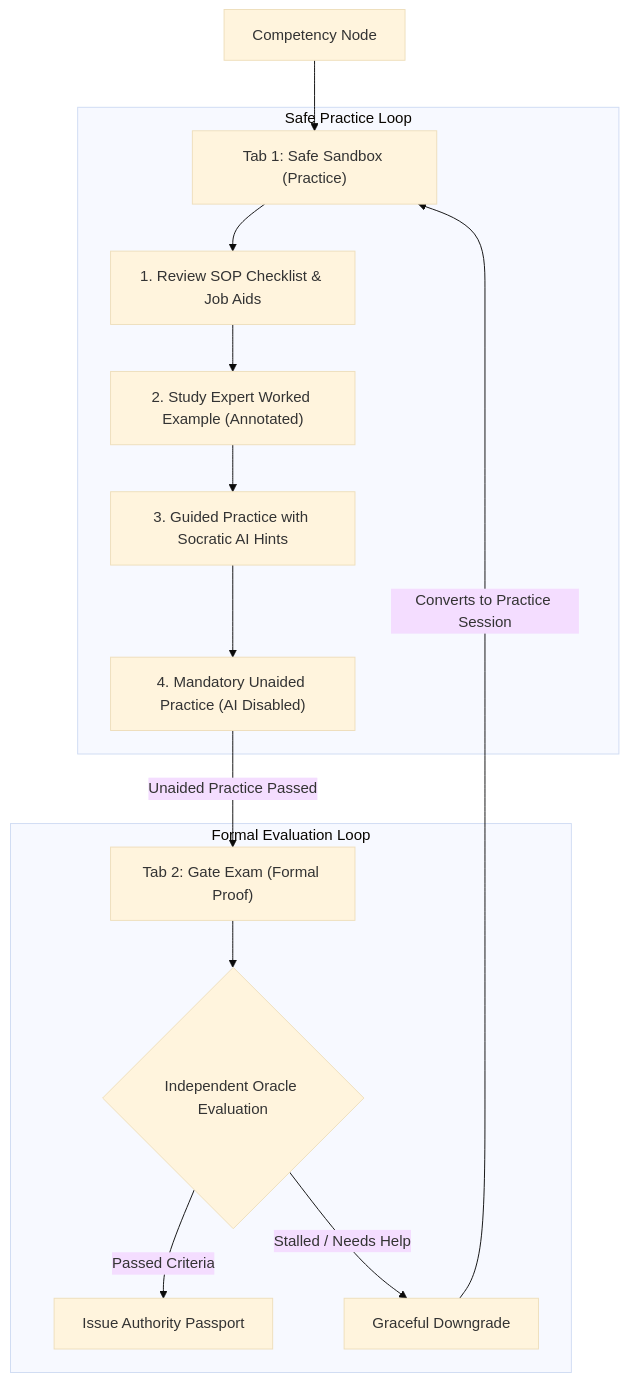
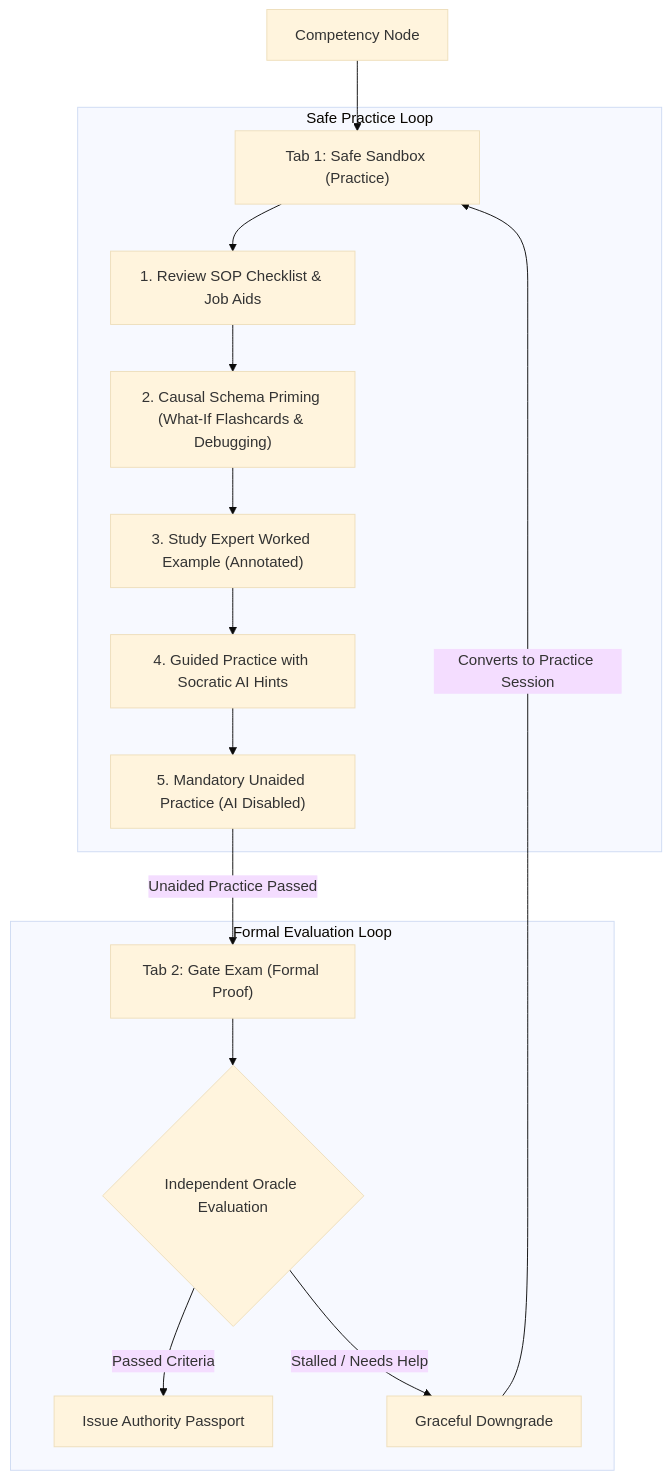
Before and after one commit to ihkaru/flashlearn: the diagram in docs/architecture/04_solution_strategy.md, drawn with Mermaid (base theme). The commit also changed other lines of this file, not shown here.

Commit message:
docs(arc42): formalize causal schema priming and zero-domain-hardcoding CLI pipeline

````diff
--- a/docs/architecture/04_solution_strategy.md
+++ b/docs/architecture/04_solution_strategy.md
@@ -40,21 +42,22 @@
 ```mermaid
 flowchart TD
     Node["Competency Node"] --> Tab1["Tab 1: Safe Sandbox (Practice)"]
     
     subgraph Sandbox["Safe Practice Loop"]
         Tab1 --> Step1["1. Review SOP Checklist & Job Aids"]
-        Step1 --> Step2["2. Study Expert Worked Example (Annotated)"]
-        Step2 --> Step3["3. Guided Practice with Socratic AI Hints"]
-        Step3 --> Step4["4. Mandatory Unaided Practice (AI Disabled)"]
+        Step1 --> Step2["2. Causal Schema Priming (What-If Flashcards & Debugging)"]
+        Step2 --> Step3["3. Study Expert Worked Example (Annotated)"]
+        Step3 --> Step4["4. Guided Practice with Socratic AI Hints"]
+        Step4 --> Step5["5. Mandatory Unaided Practice (AI Disabled)"]
     end
     
-    Step4 -->|"Unaided Practice Passed"| Tab2["Tab 2: Gate Exam (Formal Proof)"]
+    Step5 -->|"Unaided Practice Passed"| Tab2["Tab 2: Gate Exam (Formal Proof)"]
     
     subgraph Exam["Formal Evaluation Loop"]
         Tab2 --> Eval{"Independent Oracle Evaluation"}
         Eval -->|"Passed Criteria"| Pass["Issue Authority Passport"]
         Eval -->|"Stalled / Needs Help"| Downgrade["Graceful Downgrade"]
     end
     
     Downgrade -->|"Converts to Practice Session"| Tab1
 ```
````
